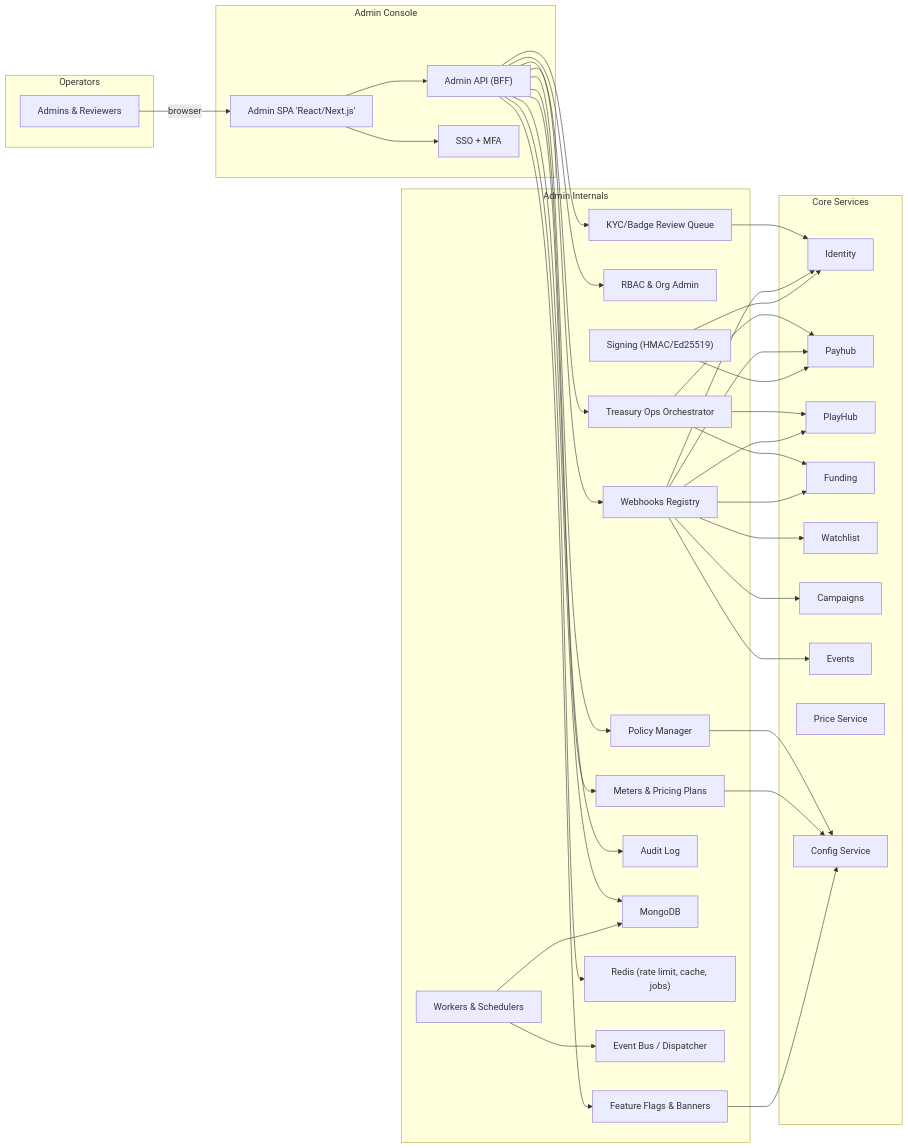
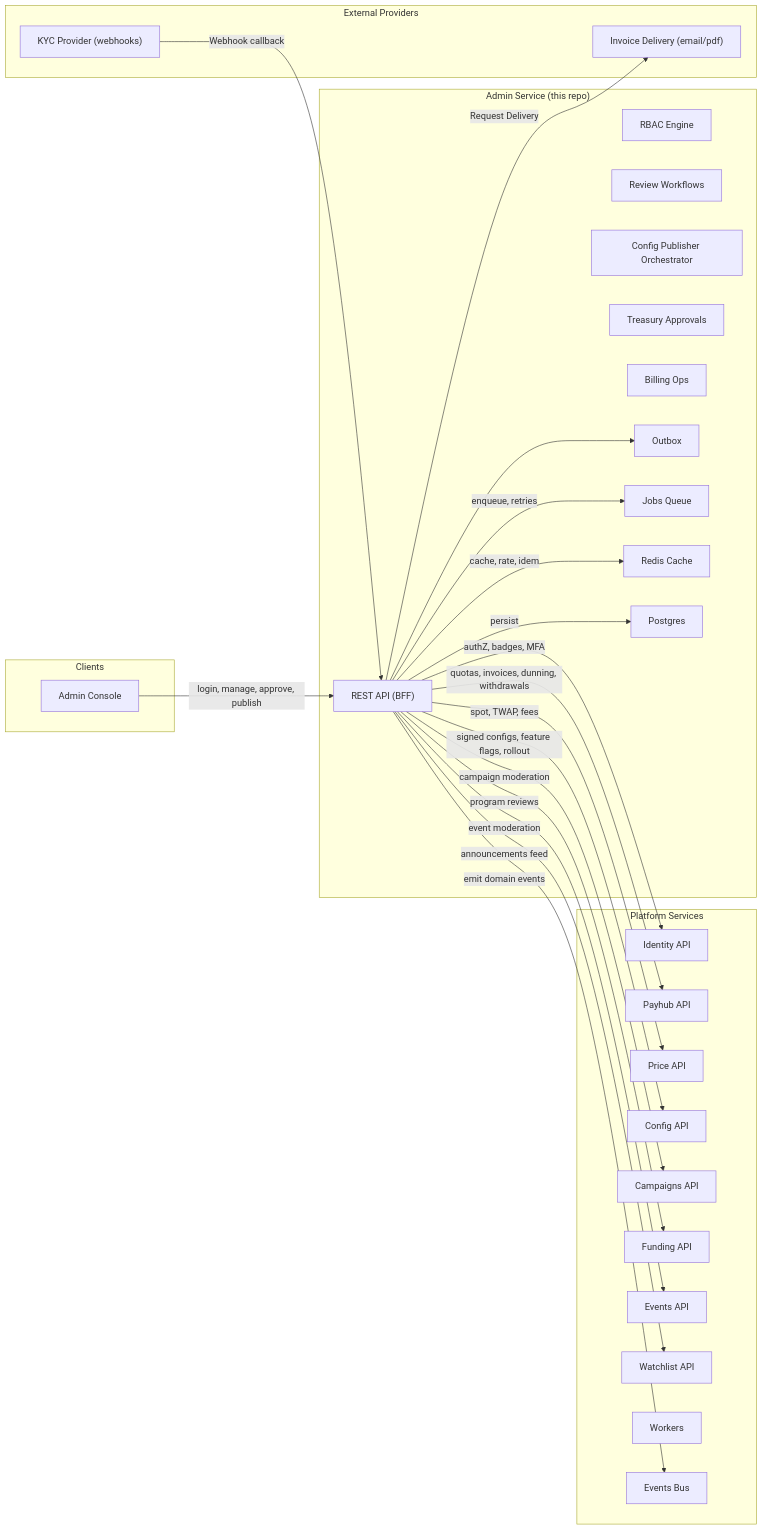
The first of 5 diagrams in miniapp-admin.md (fuzeac/fuze-telegram-mini-app), drawn with Mermaid before and after one commit.

````diff
--- a/miniapp-admin.md
+++ b/miniapp-admin.md
@@ -11,77 +11,57 @@
 ```mermaid
 flowchart LR
-  subgraph "Operators"
-    OP["Admins & Reviewers"]
+  subgraph "Clients"
+    ADM["Admin Console"]
   end
 
-  subgraph "Admin Console"
-    UI["Admin SPA 'React/Next.js'"]
-    BFF["Admin API (BFF)"]
-    AUTH["SSO + MFA"]
+  subgraph "Admin Service (this repo)"
+    API["REST API (BFF)"]
+    RBAC["RBAC Engine"]
+    REV["Review Workflows"]
+    CFGP["Config Publisher Orchestrator"]
+    TRSY["Treasury Approvals"]
+    BILL["Billing Ops"]
+    OUT["Outbox"]
+    Q["Jobs Queue"]
+    CACH["Redis Cache"]
+    DB["Postgres"]
   end
 
-  subgraph "Core Services"
-    ID["Identity"]
-    PAY["Payhub"]
-    PH["PlayHub"]
-    FUN["Funding"]
-    WATCH["Watchlist"]
-    CAMP["Campaigns"]
-    EV["Events"]
-    PRICE["Price Service"]
-    CFG["Config Service"]
+  subgraph "Platform Services"
+    IDN["Identity API"]
+    PAY["Payhub API"]
+    PRC["Price API"]
+    CFG["Config API"]
+    CAM["Campaigns API"]
+    FND["Funding API"]
+    EVT["Events API"]
+    WCH["Watchlist API"]
+    WRK["Workers"]
+    BUS["Events Bus"]
   end
 
-  subgraph "Admin Internals"
-    POL["Policy Manager"]
-    RBAC["RBAC & Org Admin"]
-    KYCQ["KYC/Badge Review Queue"]
-    TRES["Treasury Ops Orchestrator"]
-    METER["Meters & Pricing Plans"]
-    WH["Webhooks Registry"]
-    FF["Feature Flags & Banners"]
-    AUD["Audit Log"]
-    DB["MongoDB"]
-    RDS["Redis (rate limit, cache, jobs)"]
-    EVT["Event Bus / Dispatcher"]
-    WRK["Workers & Schedulers"]
-    SIG["Signing (HMAC/Ed25519)"]
+  subgraph "External Providers"
+    KYC["KYC Provider (webhooks)"]
+    INVC["Invoice Delivery (email/pdf)"]
   end
 
-  OP -->|browser| UI
-  UI --> BFF
-  UI --> AUTH
+  ADM -->|"login, manage, approve, publish"| API
 
-  BFF --> POL
-  BFF --> RBAC
-  BFF --> KYCQ
-  BFF --> TRES
-  BFF --> METER
-  BFF --> WH
-  BFF --> FF
-  BFF --> AUD
-  BFF --> DB
-  BFF --> RDS
-  WRK --> DB
-  WRK --> EVT
+  API -->|"authZ, badges, MFA"| IDN
+  API -->|"quotas, invoices, dunning, withdrawals"| PAY
+  API -->|"spot, TWAP, fees"| PRC
+  API -->|"signed configs, feature flags, rollout"| CFG
+  API -->|"program reviews"| FND
+  API -->|"campaign moderation"| CAM
+  API -->|"event moderation"| EVT
+  API -->|"announcements feed"| WCH
+  API -->|"emit domain events"| BUS
 
-  %% Cross-service calls (signed S2S)
-  POL --> CFG
-  METER --> CFG
-  FF --> CFG
+  API -->|"persist"| DB
+  API -->|"cache, rate, idem"| CACH
+  API -->|"enqueue, retries"| Q
+  API --> OUT
 
-  KYCQ --> ID
-  TRES --> PAY
-  TRES --> PH
-  TRES --> FUN
-  WH --> ID
-  WH --> PAY
-  WH --> PH
-  WH --> FUN
-  WH --> WATCH
-  WH --> CAMP
-  WH --> EV
-
-  SIG --> ID
-  SIG --> PAY
+  KYC -->|"Webhook callback"| API
+  API -->|"Request Delivery"| INVC
 ```
````
